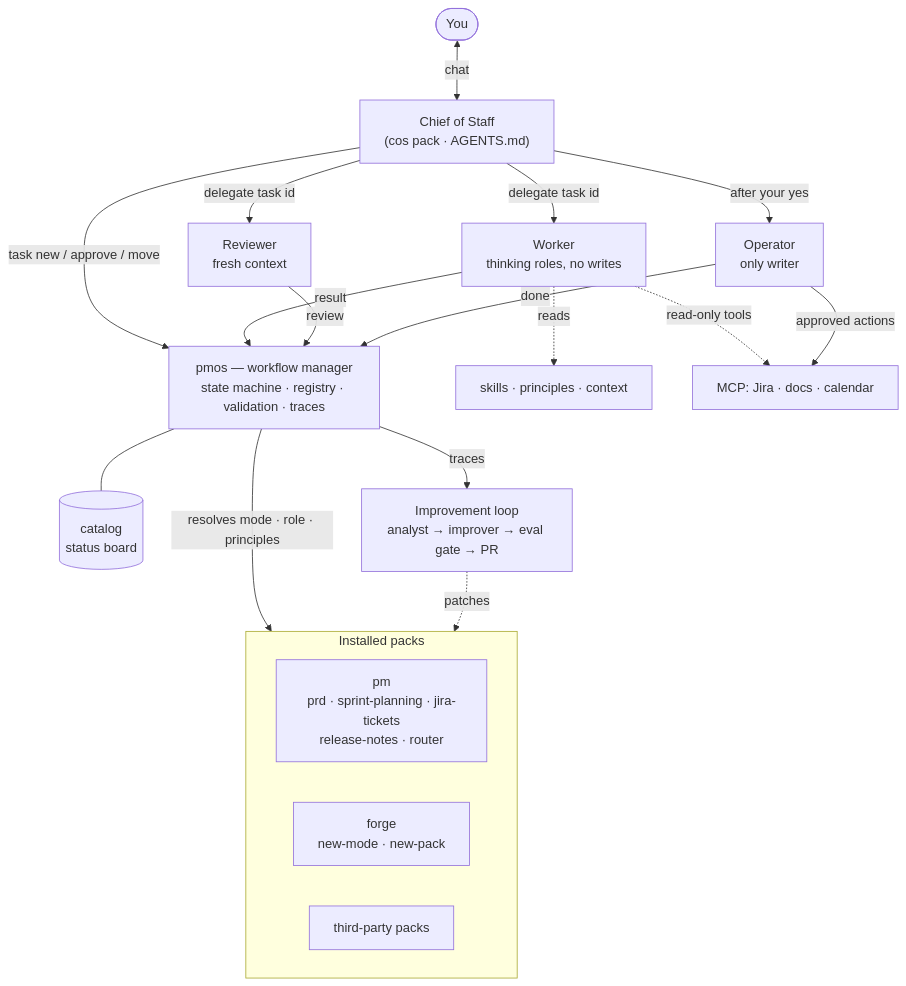
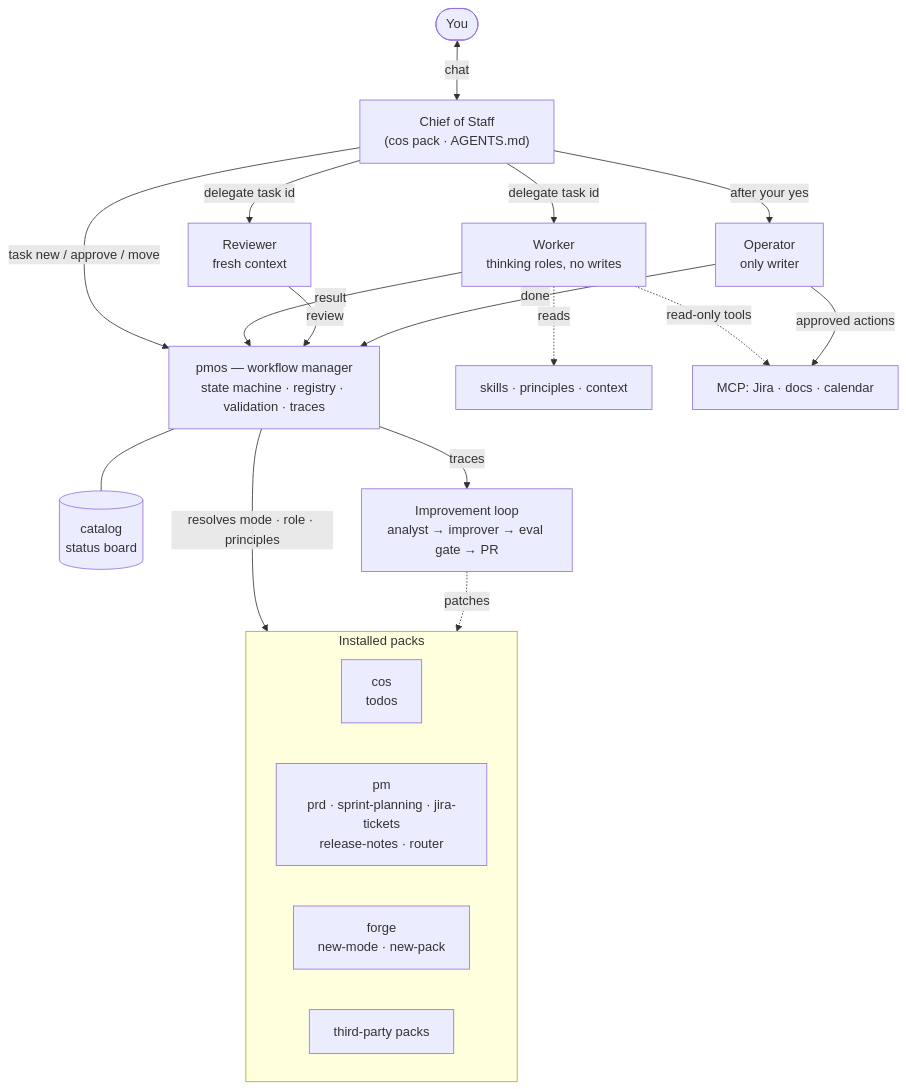
One commit to dgeorgiev06/pm-os changed the first of 2 diagrams in docs/architecture.md. Above: the diagram before and after it, drawn with Mermaid. The commit also changed 25 other files, not shown here.

First line of the commit message:
cos/todos: todo list in the CoS pack, delegation only when directed

````diff
--- a/docs/architecture.md
+++ b/docs/architecture.md
@@ -13,24 +13,25 @@
 ```mermaid
 flowchart TB
   PM([You]) <-->|chat| COS["Chief of Staff<br/>(cos pack · AGENTS.md)"]
   COS -->|task new / approve / move| PMOS["pmos — workflow manager<br/>state machine · registry · validation · traces"]
   PMOS --- CAT[(catalog<br/>status board)]
   COS -->|delegate task id| W[Worker<br/>thinking roles, no writes]
   COS -->|delegate task id| R[Reviewer<br/>fresh context]
   COS -->|after your yes| O[Operator<br/>only writer]
   W -->|result| PMOS
   R -->|review| PMOS
   O -->|done| PMOS
   subgraph PACKS[Installed packs]
     direction LR
+    COSP["cos<br/>todos"]
     PMP["pm<br/>prd · sprint-planning · jira-tickets<br/>release-notes · router"]
     FORGE["forge<br/>new-mode · new-pack"]
     OTHER["third-party packs"]
   end
   PMOS -->|resolves mode · role · principles| PACKS
   W -. reads .-> SH["skills · principles · context"]
   W -. read-only tools .-> MCP["MCP: Jira · docs · calendar"]
   O -->|approved actions| MCP
   PMOS -->|traces| LOOP["Improvement loop<br/>analyst → improver → eval gate → PR"]
   LOOP -. patches .-> PACKS
 ```
````
